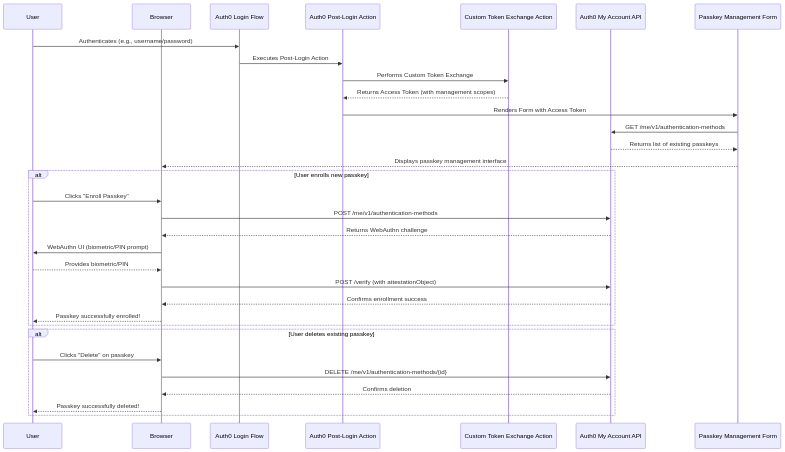
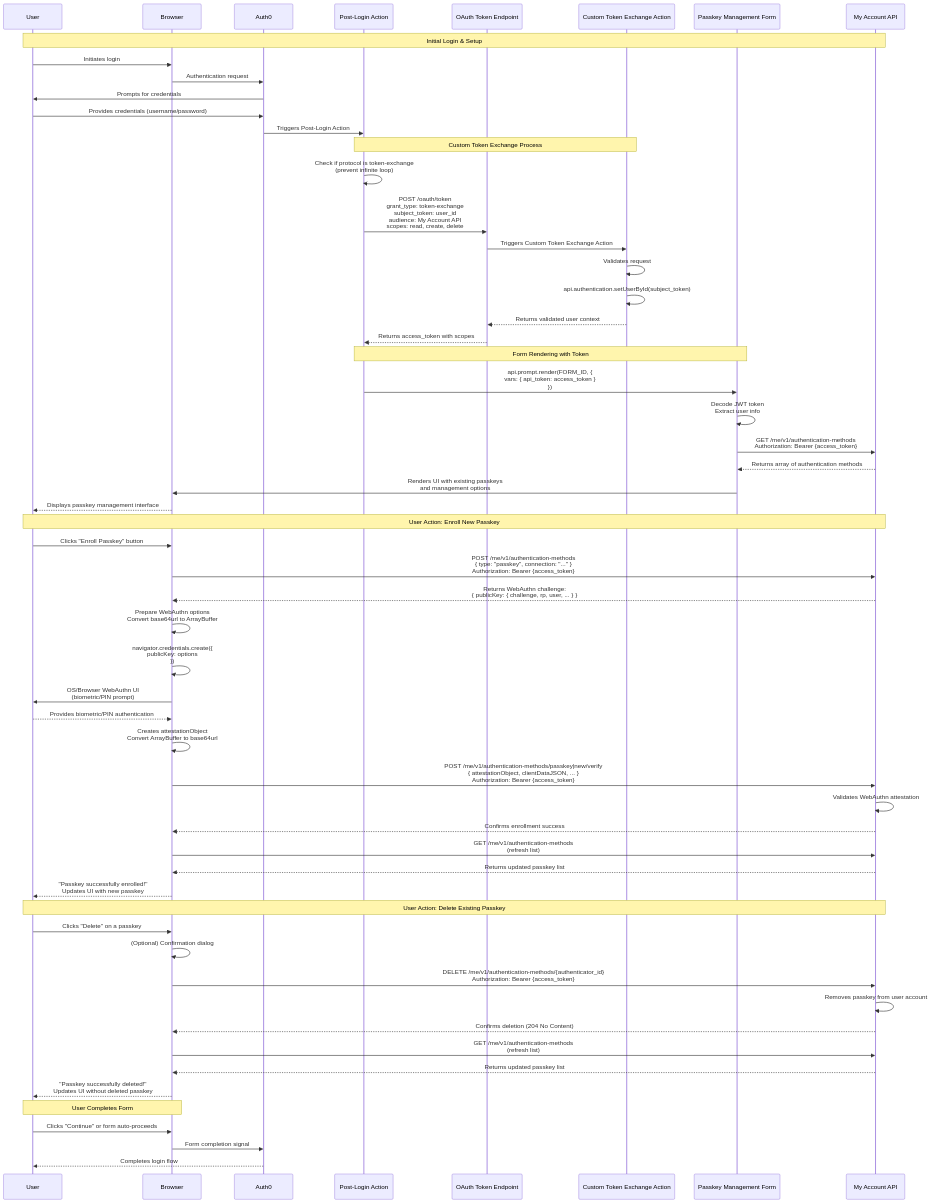
Before and after one commit to awhitmana0/a0-passkeyforms-demo: the first of 2 diagrams in README.md, drawn with Mermaid. The commit also changed other lines of this file, not shown here.

````diff
--- a/README.md
+++ b/README.md
@@ -549,37 +967,66 @@
 ```mermaid
 sequenceDiagram
     participant User
     participant Browser
-    participant Auth0Login as Auth0 Login Flow
-    participant Auth0Actions as Auth0 Post-Login Action
+    participant Auth0
+    participant PostLoginAction as Post-Login Action
+    participant OAuthEndpoint as OAuth Token Endpoint
     participant CTEAction as Custom Token Exchange Action
-    participant MyAccountAPI as Auth0 My Account API
-    participant Auth0Forms as Passkey Management Form
+    participant ManagementForm as Passkey Management Form
+    participant MyAccountAPI as My Account API
 
-    User->>Auth0Login: Authenticates (e.g., username/password)
-    Auth0Login->>Auth0Actions: Executes Post-Login Action
-    Auth0Actions->>CTEAction: Performs Custom Token Exchange
-    CTEAction-->>Auth0Actions: Returns Access Token (with management scopes)
-    Auth0Actions->>Auth0Forms: Renders Form with Access Token
-    Auth0Forms->>MyAccountAPI: GET /me/v1/authentication-methods
-    MyAccountAPI-->>Auth0Forms: Returns list of existing passkeys
-    Auth0Forms-->>Browser: Displays passkey management interface
+    Note over User,MyAccountAPI: Initial Login & Setup
+    User->>Browser: Initiates login
+    Browser->>Auth0: Authentication request
+    Auth0->>User: Prompts for credentials
+    User->>Auth0: Provides credentials (username/password)
+    Auth0->>PostLoginAction: Triggers Post-Login Action
 
-    alt User enrolls new passkey
-        User->>Browser: Clicks "Enroll Passkey"
-        Browser->>MyAccountAPI: POST /me/v1/authentication-methods
-        MyAccountAPI-->>Browser: Returns WebAuthn challenge
-        Browser->>User: WebAuthn UI (biometric/PIN prompt)
-        User-->>Browser: Provides biometric/PIN
-        Browser->>MyAccountAPI: POST /verify (with attestationObject)
-        MyAccountAPI-->>Browser: Confirms enrollment success
-        Browser-->>User: Passkey successfully enrolled!
-    end
+    Note over PostLoginAction,CTEAction: Custom Token Exchange Process
+    PostLoginAction->>PostLoginAction: Check if protocol is token-exchange<br/>(prevent infinite loop)
+    PostLoginAction->>OAuthEndpoint: POST /oauth/token<br/>grant_type: token-exchange<br/>subject_token: user_id<br/>audience: My Account API<br/>scopes: read, create, delete
+    OAuthEndpoint->>CTEAction: Triggers Custom Token Exchange Action
+    CTEAction->>CTEAction: Validates request
+    CTEAction->>CTEAction: api.authentication.setUserById(subject_token)
+    CTEAction-->>OAuthEndpoint: Returns validated user context
+    OAuthEndpoint-->>PostLoginAction: Returns access_token with scopes
 
-    alt User deletes existing passkey
-        User->>Browser: Clicks "Delete" on passkey
-        Browser->>MyAccountAPI: DELETE /me/v1/authentication-methods/{id}
-        MyAccountAPI-->>Browser: Confirms deletion
-        Browser-->>User: Passkey successfully deleted!
-    end
+    Note over PostLoginAction,ManagementForm: Form Rendering with Token
+    PostLoginAction->>ManagementForm: api.prompt.render(FORM_ID, {<br/>vars: { api_token: access_token }<br/>})
+    ManagementForm->>ManagementForm: Decode JWT token<br/>Extract user info
+    ManagementForm->>MyAccountAPI: GET /me/v1/authentication-methods<br/>Authorization: Bearer {access_token}
+    MyAccountAPI-->>ManagementForm: Returns array of authentication methods
+    ManagementForm->>Browser: Renders UI with existing passkeys<br/>and management options
+    Browser-->>User: Displays passkey management interface
+
+    Note over User,MyAccountAPI: User Action: Enroll New Passkey
+    User->>Browser: Clicks "Enroll Passkey" button
+    Browser->>MyAccountAPI: POST /me/v1/authentication-methods<br/>{ type: "passkey", connection: "..." }<br/>Authorization: Bearer {access_token}
+    MyAccountAPI-->>Browser: Returns WebAuthn challenge:<br/>{ publicKey: { challenge, rp, user, ... } }
+    Browser->>Browser: Prepare WebAuthn options<br/>Convert base64url to ArrayBuffer
+    Browser->>Browser: navigator.credentials.create({<br/>publicKey: options<br/>})
+    Browser->>User: OS/Browser WebAuthn UI<br/>(biometric/PIN prompt)
+    User-->>Browser: Provides biometric/PIN authentication
+    Browser->>Browser: Creates attestationObject<br/>Convert ArrayBuffer to base64url
+    Browser->>MyAccountAPI: POST /me/v1/authentication-methods/passkey|new/verify<br/>{ attestationObject, clientDataJSON, ... }<br/>Authorization: Bearer {access_token}
+    MyAccountAPI->>MyAccountAPI: Validates WebAuthn attestation
+    MyAccountAPI-->>Browser: Confirms enrollment success
+    Browser->>MyAccountAPI: GET /me/v1/authentication-methods<br/>(refresh list)
+    MyAccountAPI-->>Browser: Returns updated passkey list
+    Browser-->>User: "Passkey successfully enrolled!"<br/>Updates UI with new passkey
+
+    Note over User,MyAccountAPI: User Action: Delete Existing Passkey
+    User->>Browser: Clicks "Delete" on a passkey
+    Browser->>Browser: (Optional) Confirmation dialog
+    Browser->>MyAccountAPI: DELETE /me/v1/authentication-methods/{authenticator_id}<br/>Authorization: Bearer {access_token}
+    MyAccountAPI->>MyAccountAPI: Removes passkey from user account
+    MyAccountAPI-->>Browser: Confirms deletion (204 No Content)
+    Browser->>MyAccountAPI: GET /me/v1/authentication-methods<br/>(refresh list)
+    MyAccountAPI-->>Browser: Returns updated passkey list
+    Browser-->>User: "Passkey successfully deleted!"<br/>Updates UI without deleted passkey
+
+    Note over User,Browser: User Completes Form
+    User->>Browser: Clicks "Continue" or form auto-proceeds
+    Browser->>Auth0: Form completion signal
+    Auth0-->>User: Completes login flow
 ```
````
